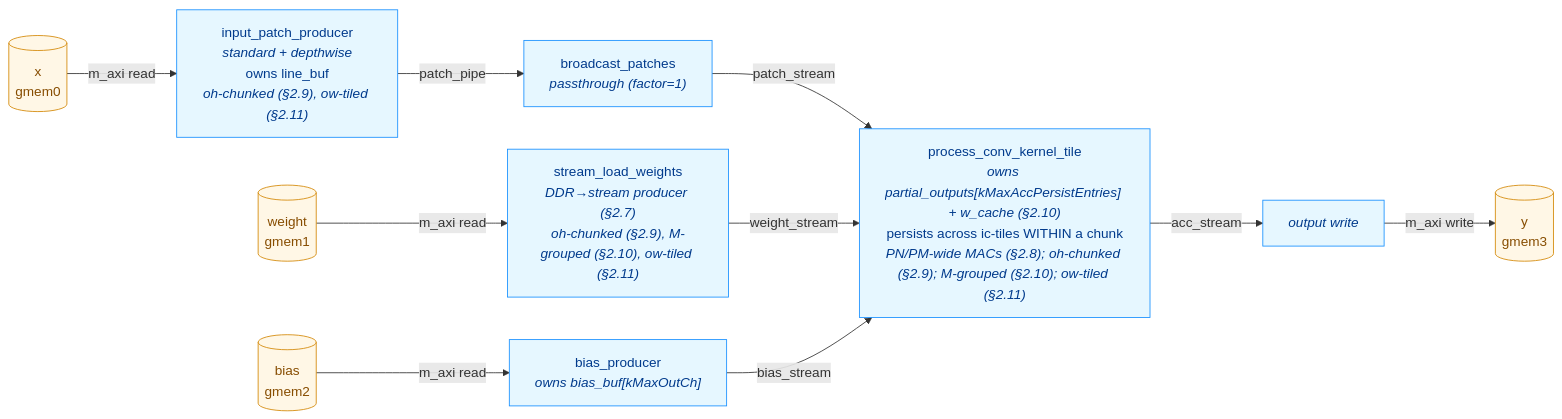
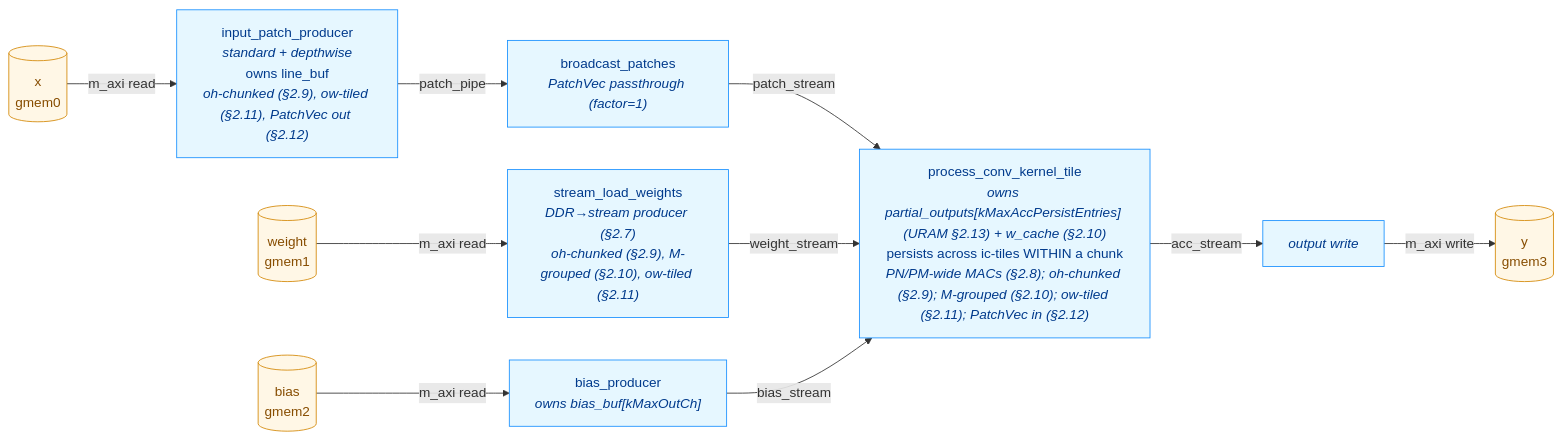
The diagram in doc/CONV_OPTIMISATION.md (GradeBuilderSL/cormorant), drawn with Mermaid before and after one commit. The commit also changed other lines of this file and 1 other file, not shown here.

First line of the commit message:
Document URAM accumulator (§2.13) and finish §2.12 write-up

````diff
--- a/doc/CONV_OPTIMISATION.md
+++ b/doc/CONV_OPTIMISATION.md
@@ -507,28 +617,28 @@
 ```mermaid
 flowchart LR
     DDR_X[("x<br/>gmem0")]
     DDR_W[("weight<br/>gmem1")]
     DDR_B[("bias<br/>gmem2")]
     DDR_Y[("y<br/>gmem3")]
-    IPP["input_patch_producer<br/><i>standard + depthwise</i><br/>owns line_buf<br/><i>oh-chunked (§2.9), ow-tiled (§2.11)</i>"]
-    BC["broadcast_patches<br/><i>passthrough (factor=1)</i>"]
+    IPP["input_patch_producer<br/><i>standard + depthwise</i><br/>owns line_buf<br/><i>oh-chunked (§2.9), ow-tiled (§2.11), PatchVec out (§2.12)</i>"]
+    BC["broadcast_patches<br/><i>PatchVec passthrough (factor=1)</i>"]
     SLW["stream_load_weights<br/><i>DDR→stream producer (§2.7)</i><br/><i>oh-chunked (§2.9), M-grouped (§2.10), ow-tiled (§2.11)</i>"]
     BP["bias_producer<br/><i>owns bias_buf[kMaxOutCh]</i>"]
-    PCT["process_conv_kernel_tile<br/><i>owns partial_outputs[kMaxAccPersistEntries] + w_cache (§2.10)</i><br/>persists across ic-tiles WITHIN a chunk<br/><i>PN/PM-wide MACs (§2.8); oh-chunked (§2.9); M-grouped (§2.10); ow-tiled (§2.11)</i>"]
+    PCT["process_conv_kernel_tile<br/><i>owns partial_outputs[kMaxAccPersistEntries] (URAM §2.13) + w_cache (§2.10)</i><br/>persists across ic-tiles WITHIN a chunk<br/><i>PN/PM-wide MACs (§2.8); oh-chunked (§2.9); M-grouped (§2.10); ow-tiled (§2.11); PatchVec in (§2.12)</i>"]
     WO["<i>output write</i>"]
 
     DDR_X -->|m_axi read| IPP
     DDR_W -->|m_axi read| SLW
     DDR_B -->|m_axi read| BP
     IPP -->|patch_pipe| BC
     BC -->|patch_stream| PCT
     SLW -->|weight_stream| PCT
     BP -->|bias_stream| PCT
     PCT -->|acc_stream| WO
     WO -->|m_axi write| DDR_Y
 
     classDef ddr fill:#fff7e6,stroke:#d48806,color:#874d00
     classDef stage fill:#e6f7ff,stroke:#1890ff,color:#003a8c
     class DDR_X,DDR_W,DDR_B,DDR_Y ddr
     class IPP,BC,SLW,BP,PCT,WO stage
 ```
````
